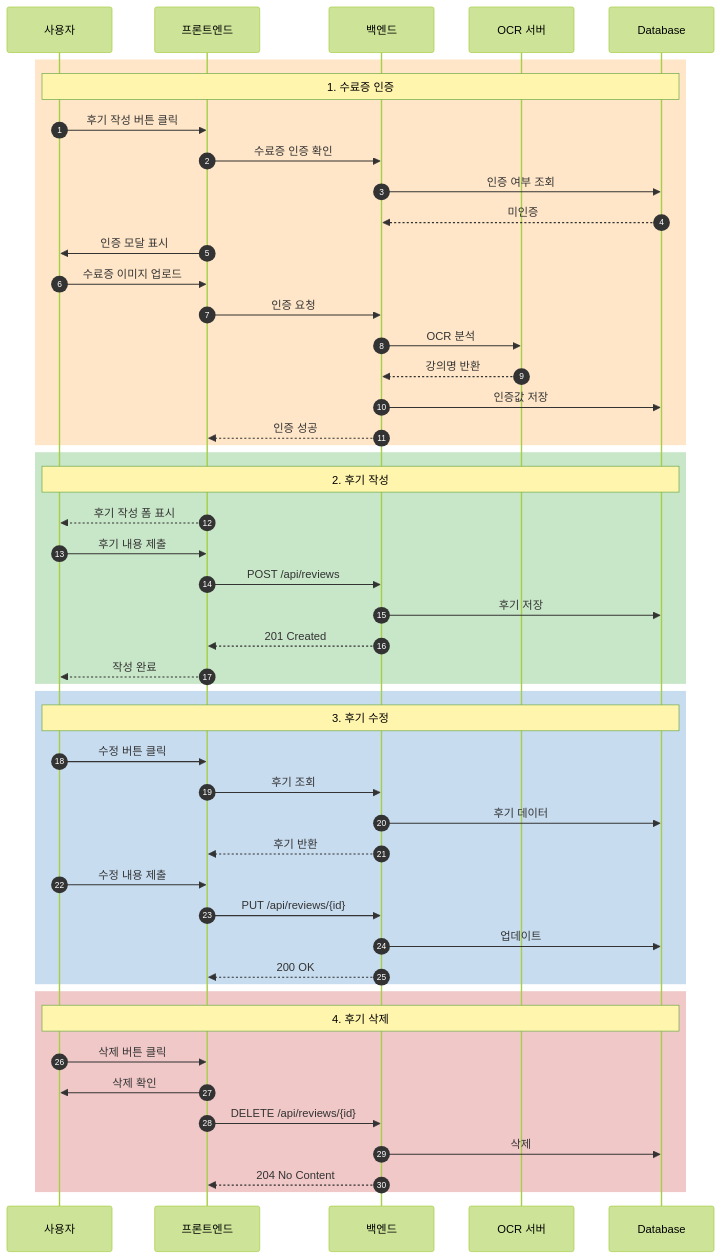
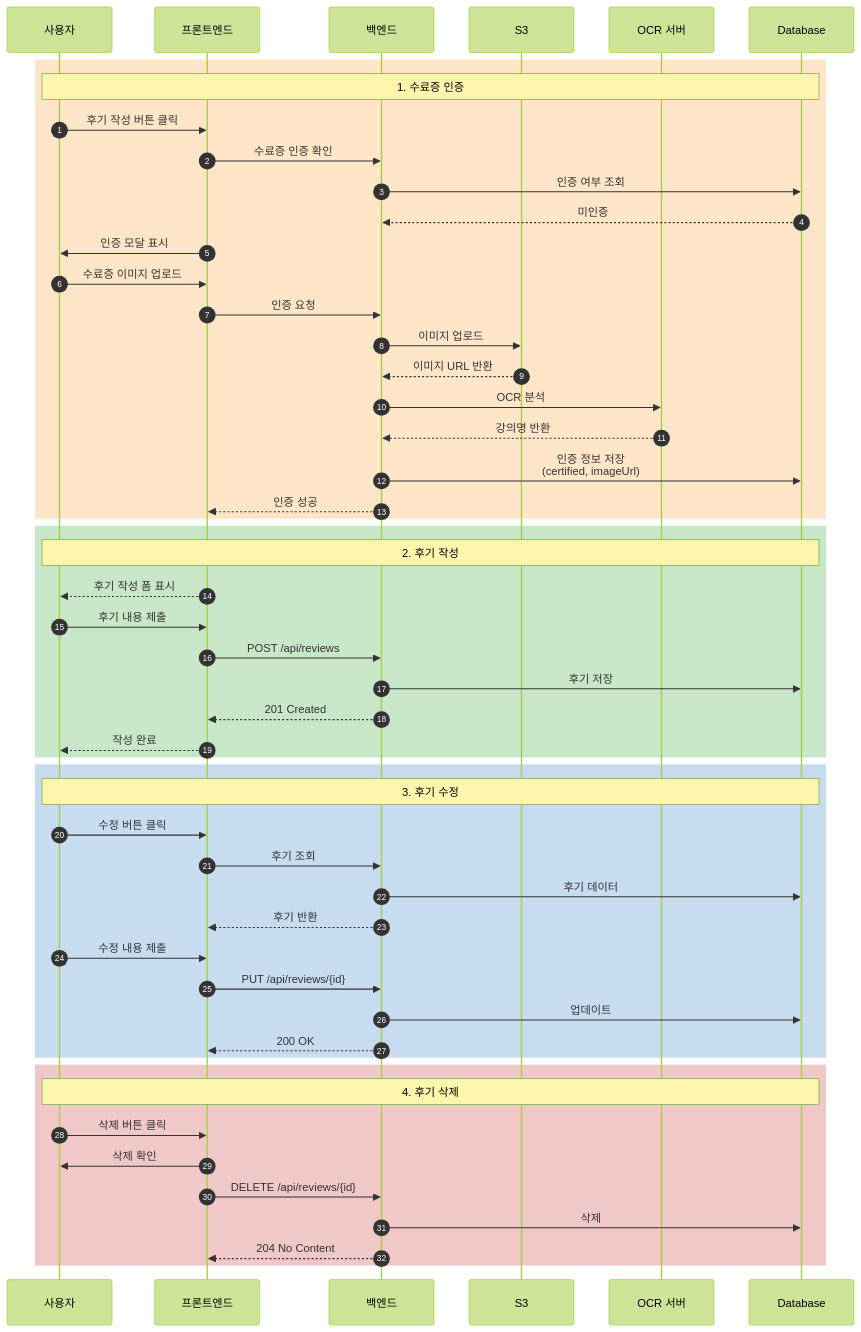
One commit to sw-campus/sw-campus-docs changed the fifth of 5 diagrams in sequence/review/review_diagram.md. Above: the diagram before and after it, drawn with Mermaid (forest theme). The commit also changed other lines of this file and 3 other files, not shown here.

````diff
--- a/sequence/review/review_diagram.md
+++ b/sequence/review/review_diagram.md
@@ -134,55 +138,58 @@
 ```mermaid
 sequenceDiagram
     autonumber
     participant User as 사용자
     participant Frontend as 프론트엔드
     participant Backend as 백엔드
+    participant S3 as S3
     participant OCR as OCR 서버
     participant DB as Database
 
     rect rgb(255, 230, 200)
         Note over User, DB: 1. 수료증 인증
         User->>Frontend: 후기 작성 버튼 클릭
         Frontend->>Backend: 수료증 인증 확인
         Backend->>DB: 인증 여부 조회
         DB-->>Backend: 미인증
         Frontend->>User: 인증 모달 표시
         User->>Frontend: 수료증 이미지 업로드
         Frontend->>Backend: 인증 요청
+        Backend->>S3: 이미지 업로드
+        S3-->>Backend: 이미지 URL 반환
         Backend->>OCR: OCR 분석
         OCR-->>Backend: 강의명 반환
-        Backend->>DB: 인증값 저장
+        Backend->>DB: 인증 정보 저장<br/>(certified, imageUrl)
         Backend-->>Frontend: 인증 성공
     end
 
     rect rgb(200, 230, 200)
         Note over User, DB: 2. 후기 작성
         Frontend-->>User: 후기 작성 폼 표시
         User->>Frontend: 후기 내용 제출
         Frontend->>Backend: POST /api/reviews
         Backend->>DB: 후기 저장
         Backend-->>Frontend: 201 Created
         Frontend-->>User: 작성 완료
     end
 
     rect rgb(200, 220, 240)
         Note over User, DB: 3. 후기 수정
         User->>Frontend: 수정 버튼 클릭
         Frontend->>Backend: 후기 조회
         Backend->>DB: 후기 데이터
         Backend-->>Frontend: 후기 반환
         User->>Frontend: 수정 내용 제출
         Frontend->>Backend: PUT /api/reviews/{id}
         Backend->>DB: 업데이트
         Backend-->>Frontend: 200 OK
     end
 
     rect rgb(240, 200, 200)
         Note over User, DB: 4. 후기 삭제
         User->>Frontend: 삭제 버튼 클릭
         Frontend->>User: 삭제 확인
         Frontend->>Backend: DELETE /api/reviews/{id}
         Backend->>DB: 삭제
         Backend-->>Frontend: 204 No Content
     end
 ```
````
